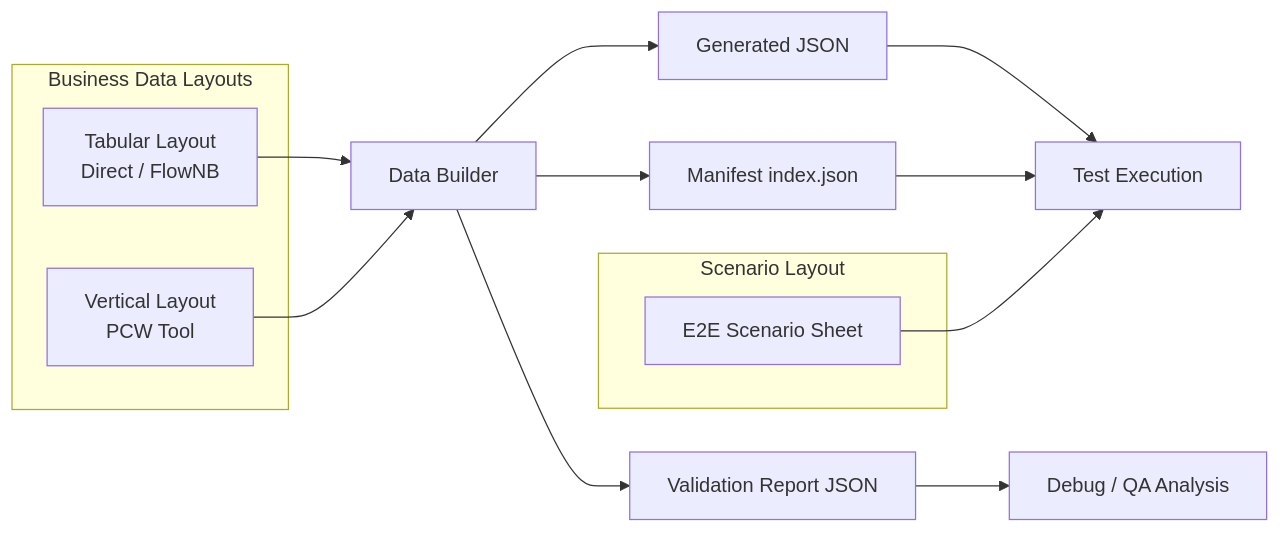
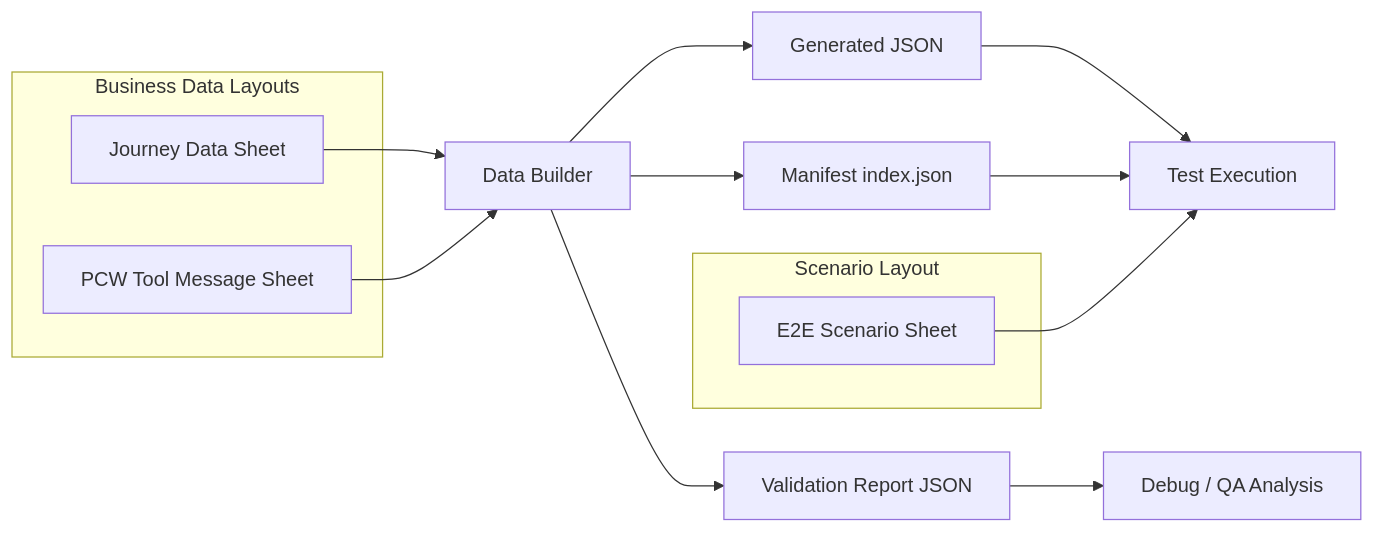
Before and after one commit to vijaytomar81/AZOnline: the first of 3 diagrams in src/dataLayer/README.md, drawn with Mermaid. The commit also changed other lines of this file and 1 other file, not shown here.

```diff
--- a/src/dataLayer/README.md
+++ b/src/dataLayer/README.md
@@ -40,26 +43,26 @@
 ~~~mermaid
 flowchart LR
 
     subgraph Business Data Layouts
-        A1[Tabular Layout<br/>Direct / FlowNB]
-        A2[Vertical Layout<br/>PCW Tool]
+        A1[Journey Data Sheet]
+        A2[PCW Tool Message Sheet]
     end
 
     subgraph Scenario Layout
         A3[E2E Scenario Sheet]
     end
 
     A1 --> B[Data Builder]
     A2 --> B
 
     B --> C[Generated JSON]
     B --> V[Validation Report JSON]
     B --> D[Manifest index.json]
 
     C --> E[Test Execution]
     D --> E
 
     V --> F[Debug / QA Analysis]
 
     A3 --> E
 ~~~
```
